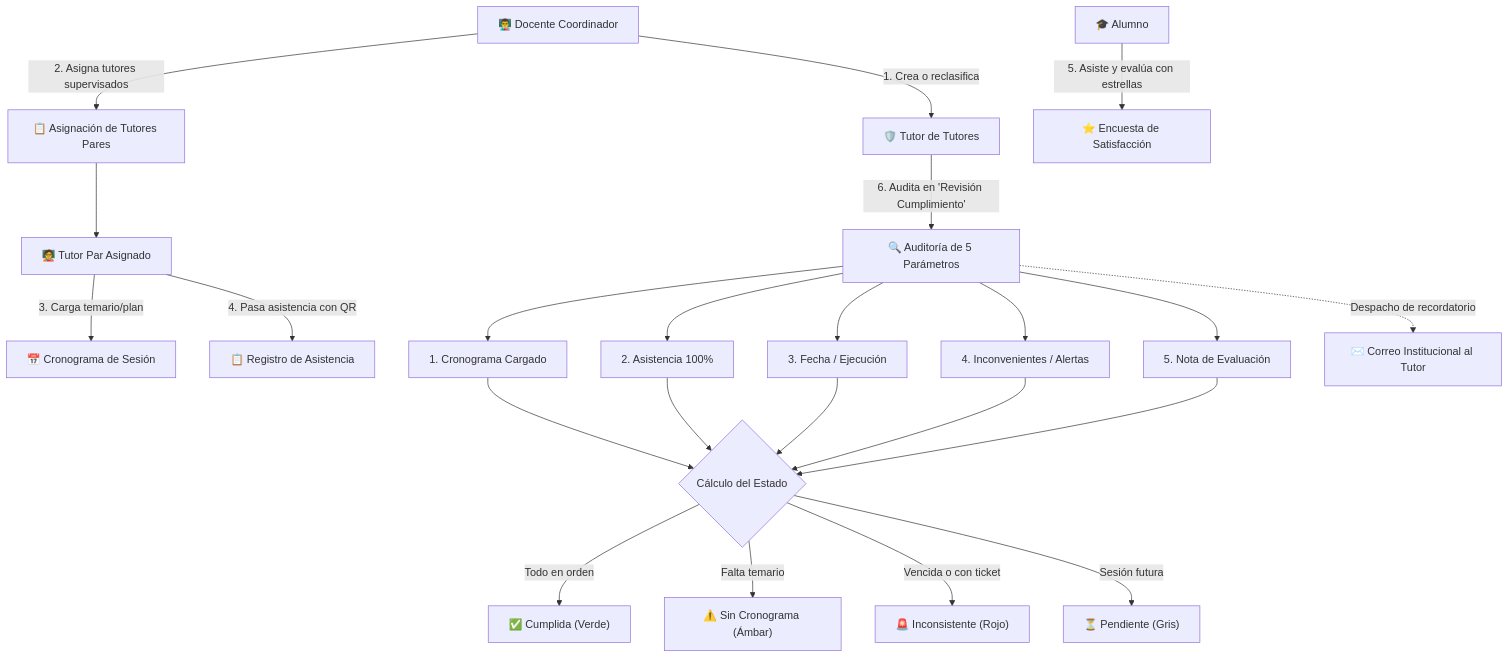
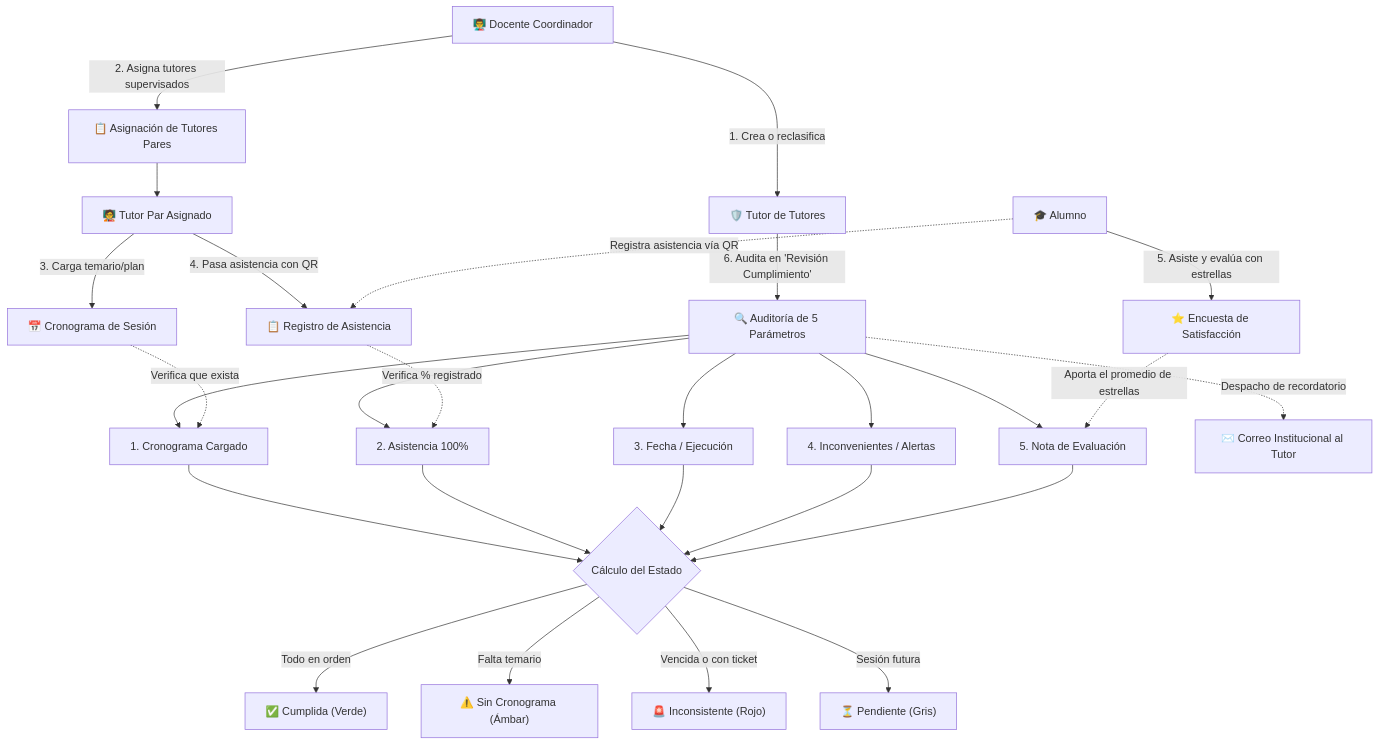
One commit to MLinco-Ram/trayectoria-estudiantil-uft changed the second of 6 diagrams in contexto.md. Above: the diagram before and after it, drawn with Mermaid.

Commit message:
docs(contexto): conecta el nodo Alumno al flujo de auditoria (diagrama B)
En el diagrama de "Flujo de Coordinacion, Supervision y Revision de
Cumplimiento", el nodo Alumno -> Encuesta de Satisfaccion quedaba aislado,
sin ninguna arista hacia el resto del grafo. Ademas los parametros de
auditoria (Cronograma Cargado, Asistencia 100%, Nota de Evaluacion) eran
cajas sueltas sin conexion real con los nodos Cronograma/Asistencia/
Calificacion que deberian originarlos.

Se agrego: Alumno -> Asistencia (registra via QR), y tres aristas
punteadas Cronograma/Asistencia/Calificacion -> Param1/Param2/Param5
para reflejar que la auditoria efectivamente revisa esos artefactos.

````diff
--- a/contexto.md
+++ b/contexto.md
@@ -81,27 +81,32 @@
 ```mermaid
 flowchart TD
     Docente["👨‍🏫 Docente Coordinador"] -->|1. Crea o reclasifica| TutorDeTutores["🛡️ Tutor de Tutores"]
     Docente -->|2. Asigna tutores supervisados| Asignacion["📋 Asignación de Tutores Pares"]
     Asignacion --> TutorPar["🧑‍🏫 Tutor Par Asignado"]
 
     TutorPar -->|3. Carga temario/plan| Cronograma["📅 Cronograma de Sesión"]
     TutorPar -->|4. Pasa asistencia con QR| Asistencia["📋 Registro de Asistencia"]
     
     Alumno["🎓 Alumno"] -->|5. Asiste y evalúa con estrellas| Calificacion["⭐ Encuesta de Satisfacción"]
+    Alumno -.->|"Registra asistencia vía QR"| Asistencia
     
     TutorDeTutores -->|6. Audita en 'Revisión Cumplimiento'| Auditoria["🔍 Auditoría de 5 Parámetros"]
     
     Auditoria --> Param1["1. Cronograma Cargado"]
     Auditoria --> Param2["2. Asistencia 100%"]
     Auditoria --> Param3["3. Fecha / Ejecución"]
     Auditoria --> Param4["4. Inconvenientes / Alertas"]
     Auditoria --> Param5["5. Nota de Evaluación"]
+
+    Cronograma -.->|"Verifica que exista"| Param1
+    Asistencia -.->|"Verifica % registrado"| Param2
+    Calificacion -.->|"Aporta el promedio de estrellas"| Param5
     
     Param1 & Param2 & Param3 & Param4 & Param5 --> Dictamen{"Cálculo del Estado"}
     Dictamen -->|Todo en orden| Cumplida["✅ Cumplida (Verde)"]
     Dictamen -->|Falta temario| SinCronograma["⚠️ Sin Cronograma (Ámbar)"]
     Dictamen -->|Vencida o con ticket| Inconsistente["🚨 Inconsistente (Rojo)"]
     Dictamen -->|Sesión futura| Pendiente["⏳ Pendiente (Gris)"]
 
     Auditoria -.->|Despacho de recordatorio| NotificacionEmail["✉️ Correo Institucional al Tutor"]
 ```
````
